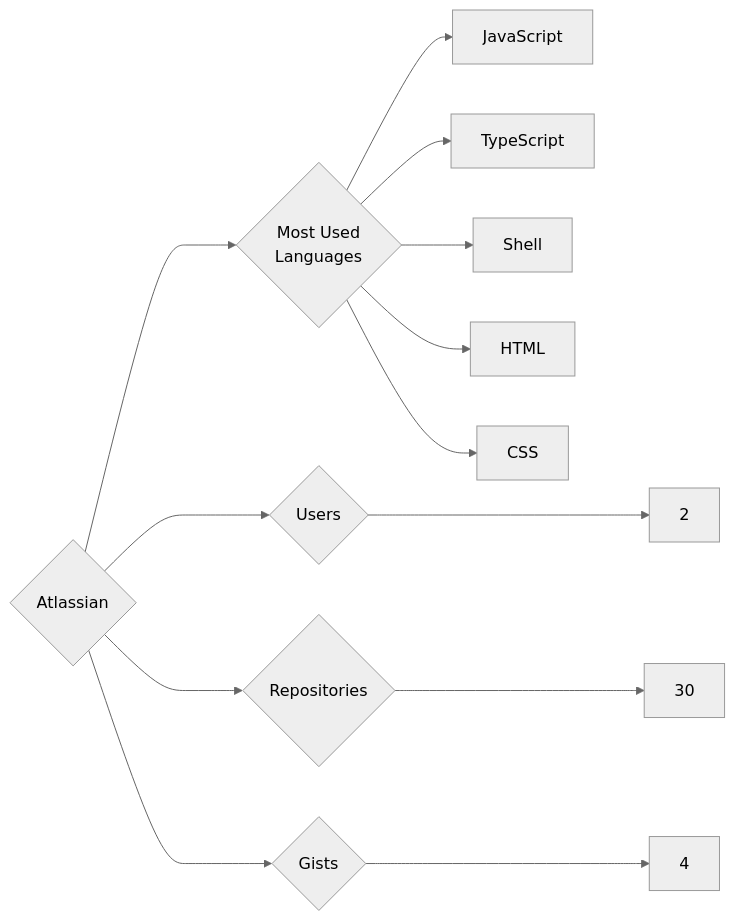
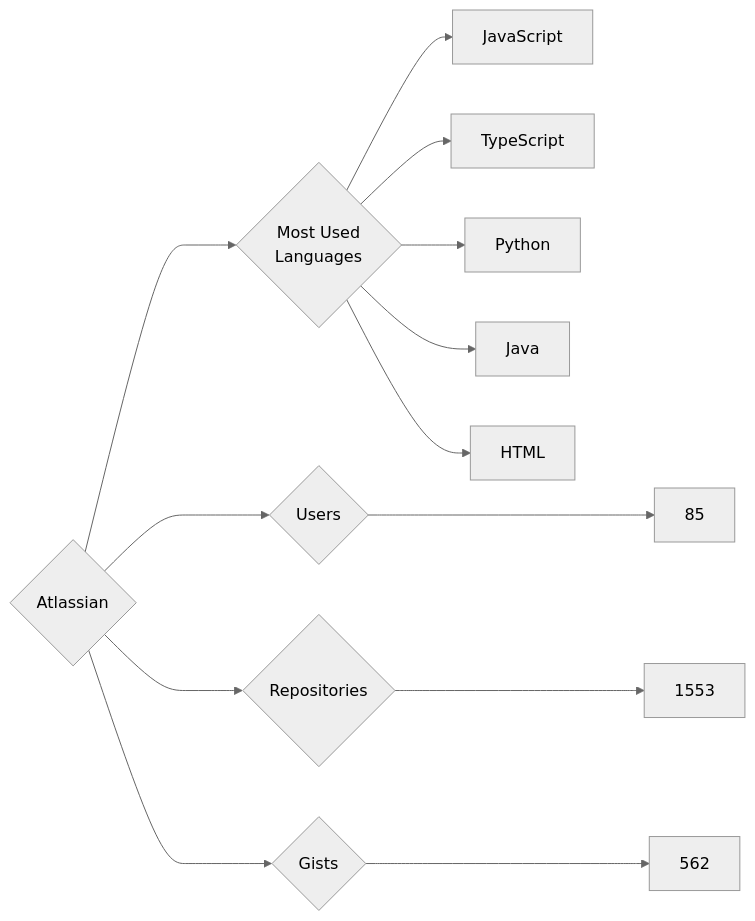
Before and after one commit to trickest/insiders: the diagram in targets/Atlassian/README.md, drawn with Mermaid (neutral theme). The commit also changed 935 other files, not shown here.

````diff
--- a/targets/Atlassian/README.md
+++ b/targets/Atlassian/README.md
@@ -3,13 +3,13 @@
 ```mermaid
 graph LR
 COMPANY_NAME{Atlassian}
-COMPANY_NAME ---> U{Users} ---> UN[2]
-COMPANY_NAME ---> R{Repositories} ---> RN[30]
-COMPANY_NAME ---> G{Gists} ---> GN[4]
+COMPANY_NAME ---> U{Users} ---> UN[85]
+COMPANY_NAME ---> R{Repositories} ---> RN[1553]
+COMPANY_NAME ---> G{Gists} ---> GN[562]
 COMPANY_NAME ---> ML{Most Used<br>Languages}
 ML --> JavaScript[JavaScript]
 ML --> TypeScript[TypeScript]
-ML --> Shell[Shell]
+ML --> Python[Python]
+ML --> Java[Java]
 ML --> HTML[HTML]
-ML --> CSS[CSS]
 ```
````
